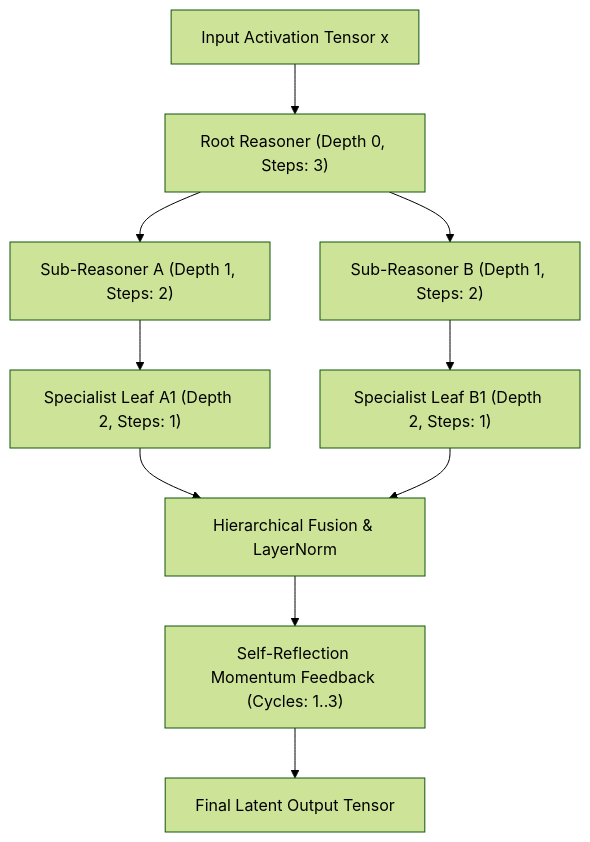
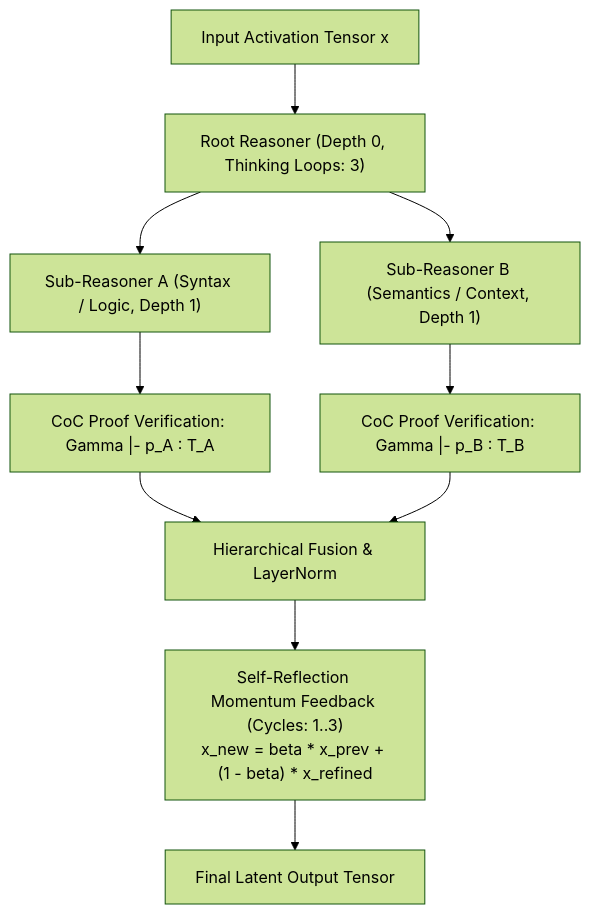
Before and after one commit to Heaplyn/NeuralNet: the diagram in NeuralNet Obsidian/02 - Ring 1 (Layers & Advanced Optimizers)/Hierarchical Recursive Thought Layer.md, drawn with Mermaid (forest theme). The commit also changed other lines of this file and 34 other files, not shown here.

````diff
--- a/NeuralNet Obsidian/02 - Ring 1 (Layers & Advanced Optimizers)/Hierarchical Recursive Thought Layer.md
+++ b/NeuralNet Obsidian/02 - Ring 1 (Layers & Advanced Optimizers)/Hierarchical Recursive Thought Layer.md
@@ -22,12 +26,12 @@
 ```mermaid
 graph TD
-    Input["Input Activation Tensor x"] --> Root["Root Reasoner (Depth 0, Steps: 3)"]
-    Root --> SubA["Sub-Reasoner A (Depth 1, Steps: 2)"]
-    Root --> SubB["Sub-Reasoner B (Depth 1, Steps: 2)"]
-    SubA --> LeafA["Specialist Leaf A1 (Depth 2, Steps: 1)"]
-    SubB --> LeafB["Specialist Leaf B1 (Depth 2, Steps: 1)"]
-    LeafA --> Merge["Hierarchical Fusion & LayerNorm"]
-    LeafB --> Merge
-    Merge --> Refine["Self-Reflection Momentum Feedback (Cycles: 1..3)"]
+    Input["Input Activation Tensor x"] --> Root["Root Reasoner (Depth 0, Thinking Loops: 3)"]
+    Root --> SubA["Sub-Reasoner A (Syntax / Logic, Depth 1)"]
+    Root --> SubB["Sub-Reasoner B (Semantics / Context, Depth 1)"]
+    SubA --> CoC_A["CoC Proof Verification: Gamma |- p_A : T_A"]
+    SubB --> CoC_B["CoC Proof Verification: Gamma |- p_B : T_B"]
+    CoC_A --> Merge["Hierarchical Fusion & LayerNorm"]
+    CoC_B --> Merge
+    Merge --> Refine["Self-Reflection Momentum Feedback (Cycles: 1..3)<br>x_new = beta * x_prev + (1 - beta) * x_refined"]
     Refine --> Out["Final Latent Output Tensor"]
 ```
````
